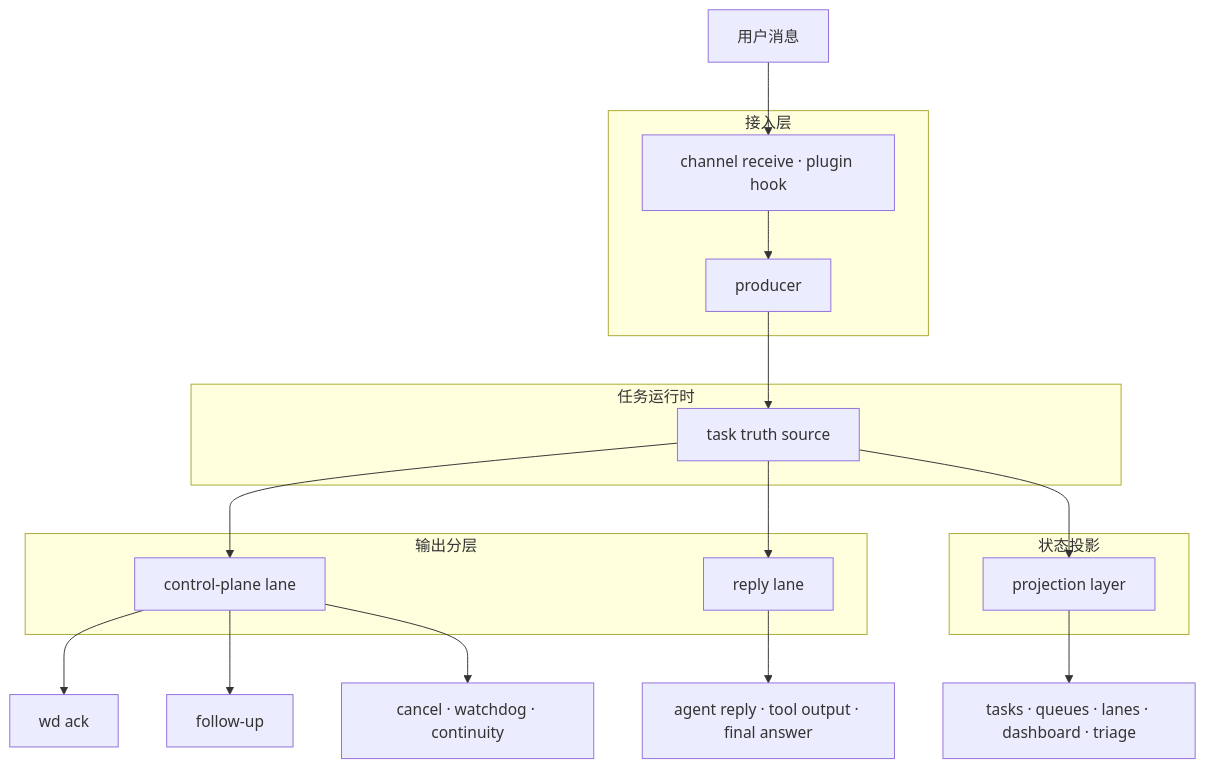
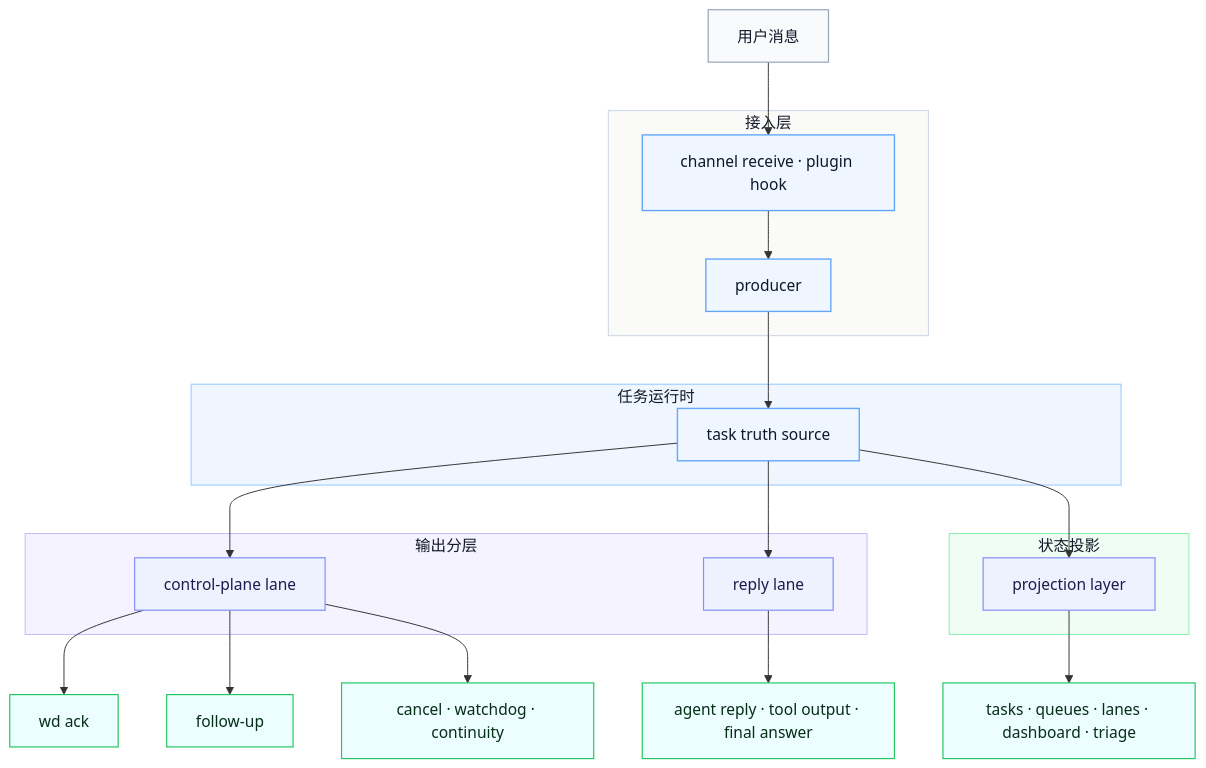
The first of 2 diagrams in docs/architecture.md (redcreen/openclaw-task-system), drawn with Mermaid before and after one commit. The commit also changed other lines of this file, not shown here.

Commit message:
Tune architecture diagram styling

````diff
--- a/docs/architecture.md
+++ b/docs/architecture.md
@@ -23,33 +23,47 @@
 ```mermaid
 flowchart TD
+    classDef source fill:#f8fafc,stroke:#94a3b8,color:#111827,stroke-width:1.2px;
+    classDef core fill:#eff6ff,stroke:#60a5fa,color:#0f172a,stroke-width:1.4px;
+    classDef lane fill:#eef2ff,stroke:#818cf8,color:#1e1b4b,stroke-width:1.2px;
+    classDef output fill:#ecfeff,stroke:#22c55e,color:#052e16,stroke-width:1.2px;
+    style intake fill:#fafaf9,stroke:#cbd5e1,stroke-width:1px,color:#111827
+    style runtime fill:#eff6ff,stroke:#93c5fd,stroke-width:1px,color:#111827
+    style lanes fill:#f5f3ff,stroke:#c4b5fd,stroke-width:1px,color:#111827
+    style projection fill:#f0fdf4,stroke:#86efac,stroke-width:1px,color:#111827
+
     U["用户消息"]
 
     subgraph intake["接入层"]
         R["channel receive · plugin hook"]
         P["producer"]
     end
 
     subgraph runtime["任务运行时"]
         T["task truth source"]
     end
 
     subgraph lanes["输出分层"]
         C["control-plane lane"]
         A["reply lane"]
     end
 
     subgraph projection["状态投影"]
         V["projection layer"]
     end
 
     U --> R --> P --> T
     T --> C
     T --> A
     T --> V
 
     C --> C1["wd ack"]
     C --> C2["follow-up"]
     C --> C3["cancel · watchdog · continuity"]
     A --> A1["agent reply · tool output · final answer"]
     V --> V1["tasks · queues · lanes · dashboard · triage"]
+
+    class U source
+    class R,P,T core
+    class C,A,V lane
+    class C1,C2,C3,A1,V1 output
 ```
````
